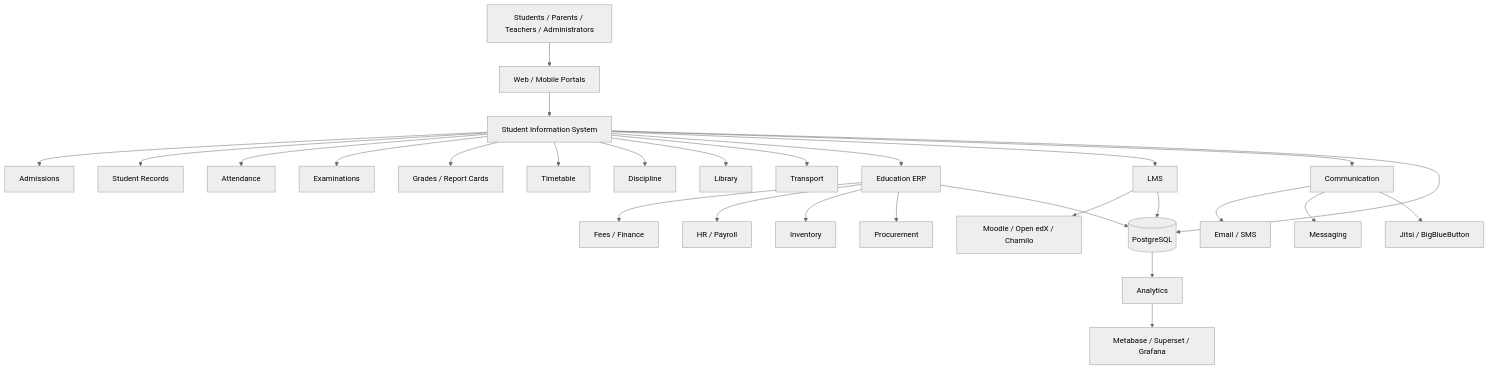
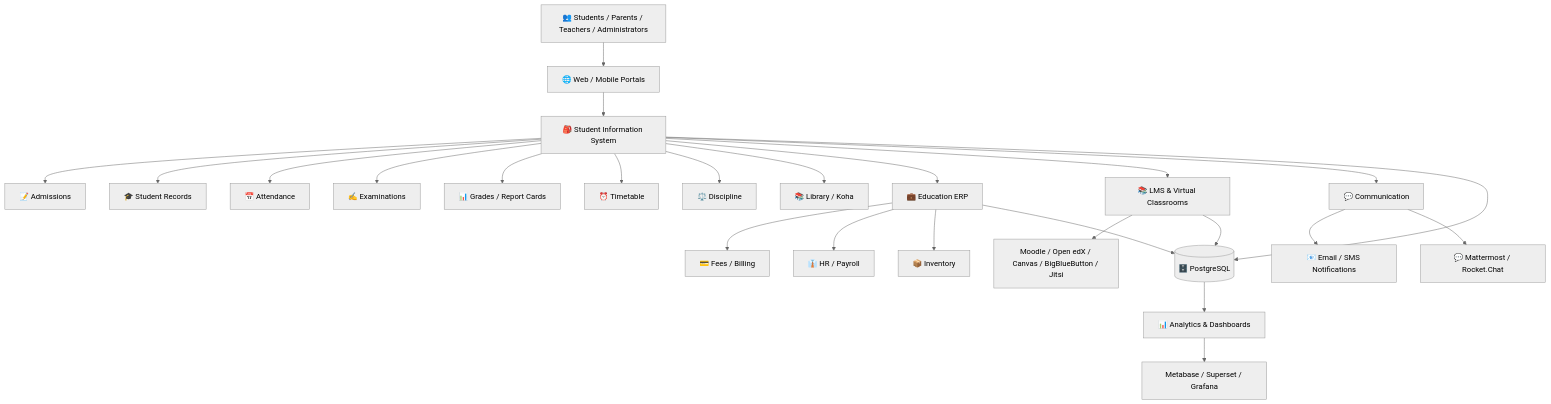
One commit to ishandutta2007/Awesome-School-Management changed the first of 2 diagrams in README.md. Above: the diagram before and after it, drawn with Mermaid (neutral theme). The commit also changed other lines of this file, not shown here.

````diff
--- a/README.md
+++ b/README.md
@@ -532,39 +159,36 @@
 ```mermaid
 flowchart TB
-    U[Students / Parents / Teachers / Administrators]
+    U[👥 Students / Parents / Teachers / Administrators]
 
-    U --> PORTAL[Web / Mobile Portals]
+    U --> PORTAL[🌐 Web / Mobile Portals]
 
-    PORTAL --> SIS[Student Information System]
+    PORTAL --> SIS[🎒 Student Information System]
 
-    SIS --> ADM[Admissions]
-    SIS --> STUD[Student Records]
-    SIS --> ATT[Attendance]
-    SIS --> EXAM[Examinations]
-    SIS --> GRADE[Grades / Report Cards]
-    SIS --> TIME[Timetable]
-    SIS --> DISC[Discipline]
-    SIS --> LIB[Library]
-    SIS --> TRANS[Transport]
+    SIS --> ADM[📝 Admissions]
+    SIS --> STUD[🎓 Student Records]
+    SIS --> ATT[📅 Attendance]
+    SIS --> EXAM[✍️ Examinations]
+    SIS --> GRADE[📊 Grades / Report Cards]
+    SIS --> TIME[⏰ Timetable]
+    SIS --> DISC[⚖️ Discipline]
+    SIS --> LIB[📚 Library / Koha]
 
-    SIS --> ERP[Education ERP]
-    ERP --> FEE[Fees / Finance]
-    ERP --> HR[HR / Payroll]
-    ERP --> INV[Inventory]
-    ERP --> PROC[Procurement]
+    SIS --> ERP[💼 Education ERP]
+    ERP --> FEE[💳 Fees / Billing]
+    ERP --> HR[👔 HR / Payroll]
+    ERP --> INV[📦 Inventory]
 
-    SIS --> LMS[LMS]
-    LMS --> MOODLE[Moodle / Open edX / Chamilo]
+    SIS --> LMS[📚 LMS & Virtual Classrooms]
+    LMS --> MOODLE[Moodle / Open edX / Canvas / BigBlueButton / Jitsi]
 
-    SIS --> COM[Communication]
-    COM --> MAIL[Email / SMS]
-    COM --> CHAT[Messaging]
-    COM --> VIDEO[Jitsi / BigBlueButton]
+    SIS --> COM[💬 Communication]
+    COM --> MAIL[📧 Email / SMS Notifications]
+    COM --> CHAT[💬 Mattermost / Rocket.Chat]
 
-    SIS --> DATA[(PostgreSQL)]
+    SIS --> DATA[(🗄️ PostgreSQL)]
     ERP --> DATA
     LMS --> DATA
 
-    DATA --> BI[Analytics]
+    DATA --> BI[📊 Analytics & Dashboards]
     BI --> M[Metabase / Superset / Grafana]
 ```
````
